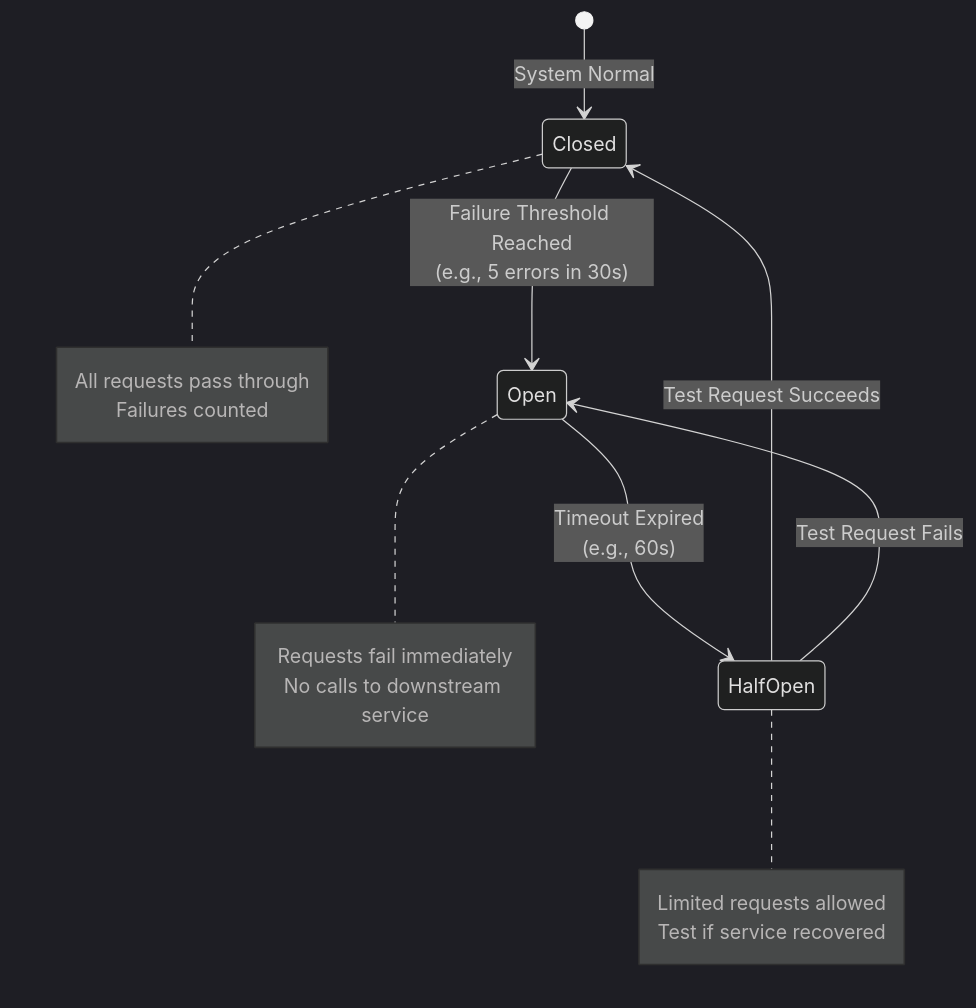
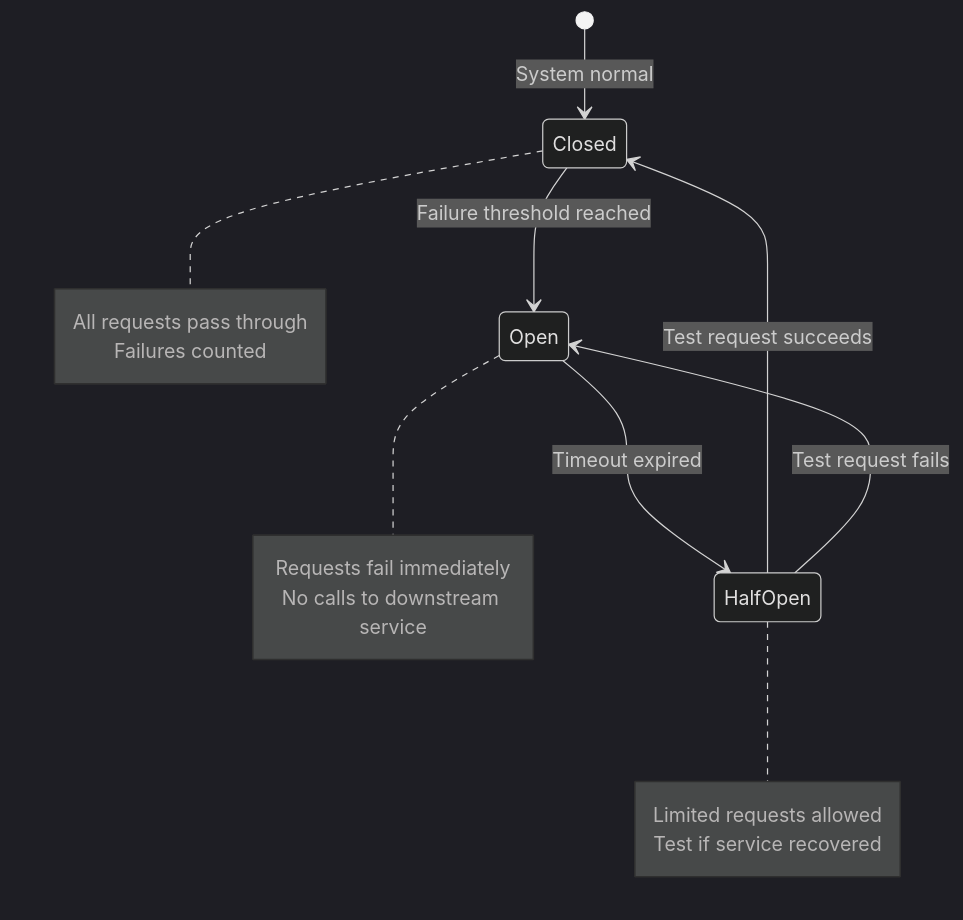
The ninth of 13 diagrams in docs-site/docs/academy/fundamentals/enterprise-app-development.md (anton-abyzov/specweave), drawn with Mermaid (dark theme) before and after one commit. The commit also changed 23 other files, not shown here.

Commit message:
fix: repair 24 broken Mermaid diagrams — quote special chars, fix state/sequence syntax

````diff
--- a/docs-site/docs/academy/fundamentals/enterprise-app-development.md
+++ b/docs-site/docs/academy/fundamentals/enterprise-app-development.md
@@ -634,23 +634,23 @@
 ```mermaid
 stateDiagram-v2
-    [*] --> Closed: System Normal
-    Closed --> Open: Failure Threshold Reached<br/>(e.g., 5 errors in 30s)
-    Open --> HalfOpen: Timeout Expired<br/>(e.g., 60s)
-    HalfOpen --> Closed: Test Request Succeeds
-    HalfOpen --> Open: Test Request Fails
+    [*] --> Closed : System normal
+    Closed --> Open : Failure threshold reached
+    Open --> HalfOpen : Timeout expired
+    HalfOpen --> Closed : Test request succeeds
+    HalfOpen --> Open : Test request fails
 
     note right of Closed
         All requests pass through
         Failures counted
     end note
 
     note right of Open
         Requests fail immediately
         No calls to downstream service
     end note
 
     note right of HalfOpen
         Limited requests allowed
         Test if service recovered
     end note
 ```
````
